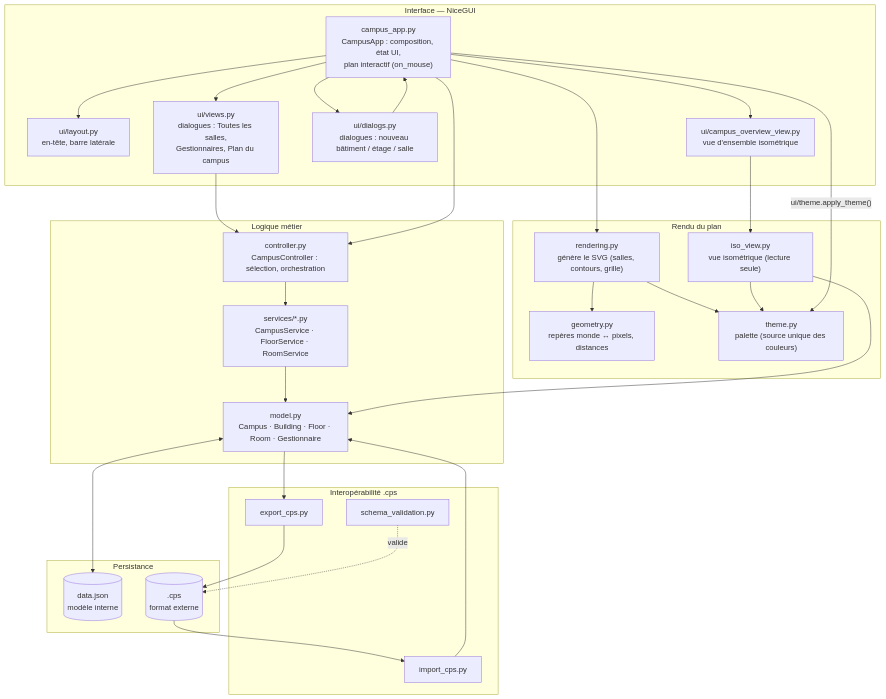
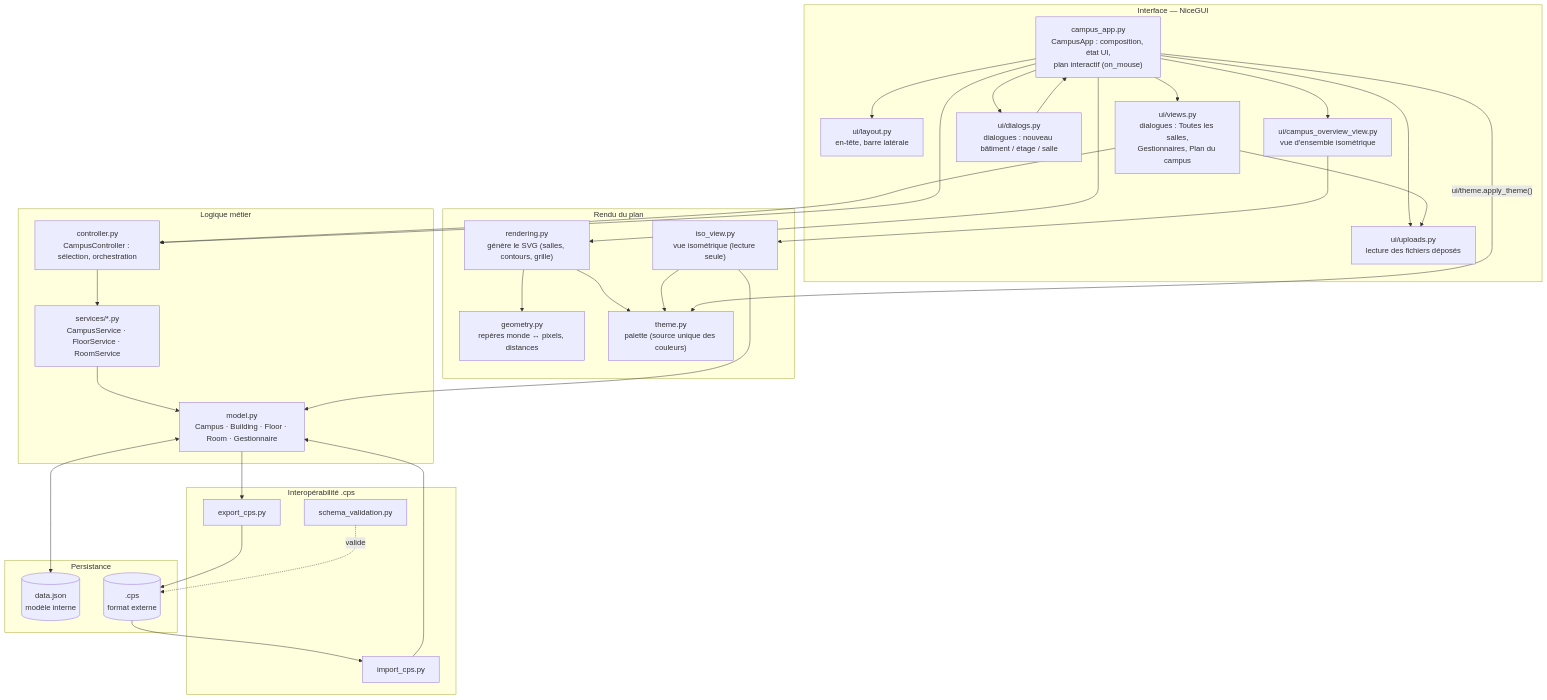
The first of 3 diagrams in README.md (ouar29/campus-v2), drawn with Mermaid before and after one commit. The commit also changed other lines of this file and 4 other files, not shown here.

First line of the commit message:
Casse le cycle d'imports campus_app <-> ui/views

````diff
--- a/README.md
+++ b/README.md
@@ -34,49 +34,51 @@
 ```mermaid
 flowchart TB
     subgraph UI["Interface — NiceGUI"]
         campus_app["campus_app.py<br/>CampusApp : composition, état UI,<br/>plan interactif (on_mouse)"]
         layout["ui/layout.py<br/>en-tête, barre latérale"]
         views["ui/views.py<br/>dialogues : Toutes les salles,<br/>Gestionnaires, Plan du campus"]
         dialogs["ui/dialogs.py<br/>dialogues : nouveau bâtiment / étage / salle"]
         overview["ui/campus_overview_view.py<br/>vue d'ensemble isométrique"]
+        uploads["ui/uploads.py<br/>lecture des fichiers déposés"]
     end
 
     subgraph Domaine["Logique métier"]
         controller["controller.py<br/>CampusController : sélection, orchestration"]
         services["services/*.py<br/>CampusService · FloorService · RoomService"]
         model["model.py<br/>Campus · Building · Floor · Room · Gestionnaire"]
     end
 
     subgraph Rendu["Rendu du plan"]
         rendering["rendering.py<br/>génère le SVG (salles, contours, grille)"]
         geometry["geometry.py<br/>repères monde ↔ pixels, distances"]
         iso_view["iso_view.py<br/>vue isométrique (lecture seule)"]
         theme["theme.py<br/>palette (source unique des couleurs)"]
     end
 
     subgraph Interop["Interopérabilité .cps"]
         import_cps["import_cps.py"]
         export_cps["export_cps.py"]
         schema_validation["schema_validation.py"]
     end
 
     subgraph Stockage["Persistance"]
         datajson[("data.json<br/>modèle interne")]
         cps[(".cps<br/>format externe")]
     end
 
     campus_app --> layout & views & dialogs & overview
+    campus_app & views --> uploads
     views --> controller
     dialogs --> campus_app
     campus_app --> controller
     controller --> services --> model
     campus_app --> rendering --> geometry
     overview --> iso_view --> model
     rendering & iso_view --> theme
     campus_app -->|"ui/theme.apply_theme()"| theme
     model <--> datajson
     import_cps --> model --> export_cps
     cps --> import_cps
     export_cps --> cps
     schema_validation -. valide .-> cps
 ```
````
